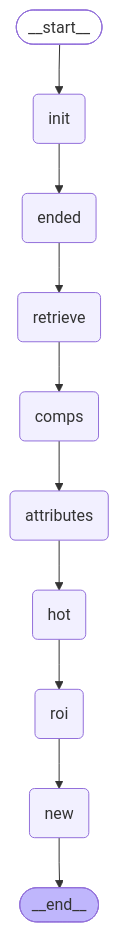
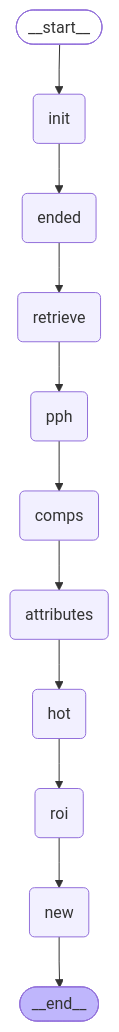
The diagram in pipelines/listing/main/main_graph.mmd (ghostfrog-ltd/langgraph-ebay), drawn with Mermaid before and after one commit. The commit also changed 2 other files, not shown here.

Commit message:
Add PPH to main.

```diff
--- a/pipelines/listing/main/main_graph.mmd
+++ b/pipelines/listing/main/main_graph.mmd
@@ -1,28 +1,30 @@
 ---
 config:
   flowchart:
     curve: linear
 ---
 graph TD;
 	__start__([<p>__start__</p>]):::first
 	init(init)
 	ended(ended)
 	retrieve(retrieve)
+	pph(pph)
 	comps(comps)
 	attributes(attributes)
 	hot(hot)
 	roi(roi)
 	new(new)
 	__end__([<p>__end__</p>]):::last
 	__start__ --> init;
 	attributes --> hot;
 	comps --> attributes;
 	ended --> retrieve;
 	hot --> roi;
 	init --> ended;
-	retrieve --> comps;
+	pph --> comps;
+	retrieve --> pph;
 	roi --> new;
 	new --> __end__;
 	classDef default fill:#f2f0ff,line-height:1.2
 	classDef first fill-opacity:0
 	classDef last fill:#bfb6fc
```
